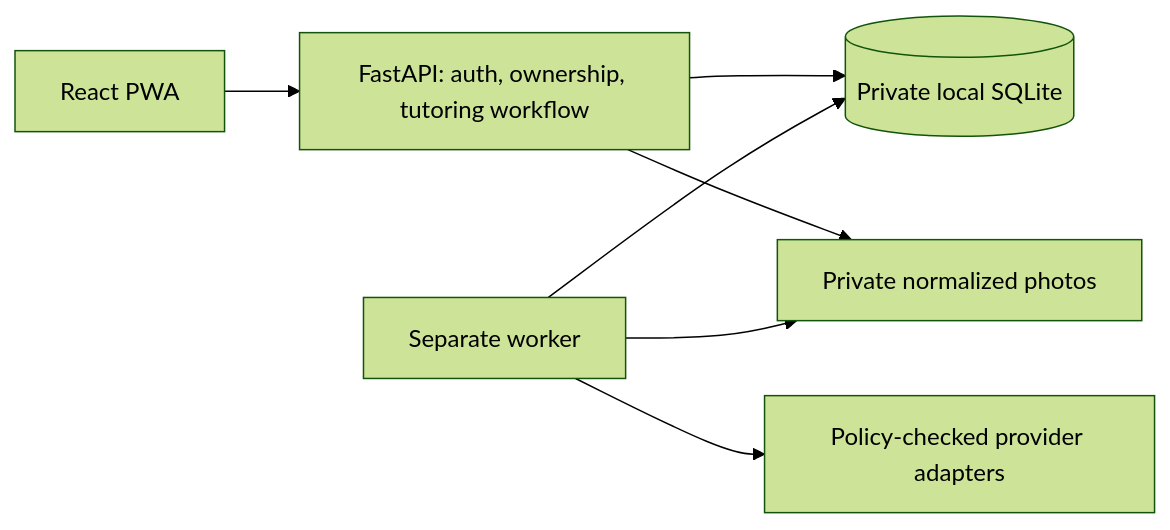
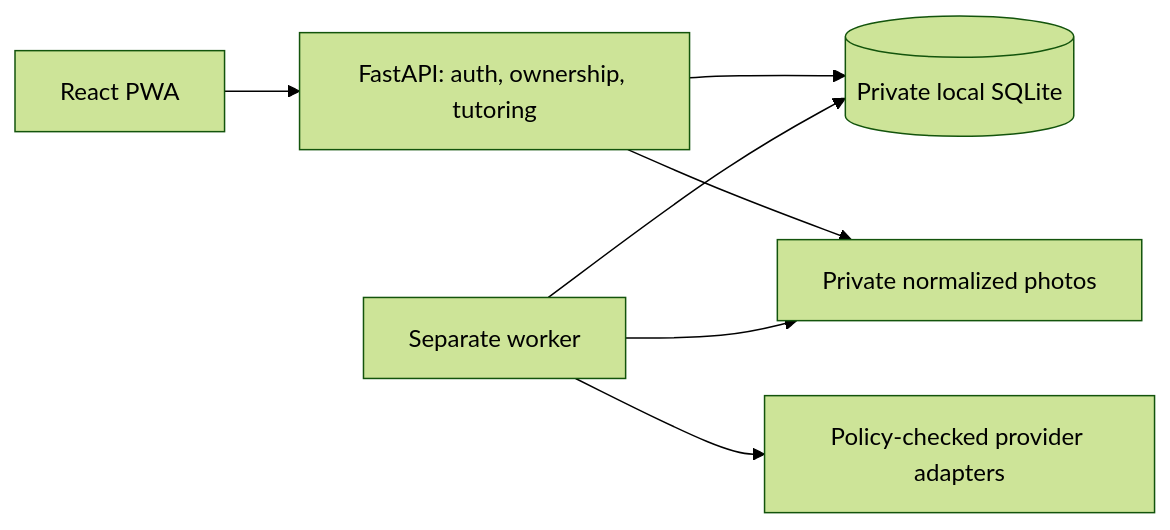
The diagram in README.md (tylermowll/shepherd-academy-universe), drawn with Mermaid (forest theme) before and after one commit. The commit also changed other lines of this file and 11 other files, not shown here.

````diff
--- a/README.md
+++ b/README.md
@@ -265,9 +161,9 @@
 ```mermaid
 flowchart LR
-  Browser[React PWA] --> API[FastAPI: auth, ownership, tutoring workflow]
+  Browser[React PWA] --> API[FastAPI: auth, ownership, tutoring]
   API --> DB[(Private local SQLite)]
   Worker[Separate worker] --> DB
   Worker --> Routes[Policy-checked provider adapters]
   API --> Photos[Private normalized photos]
   Worker --> Photos
 ```
````
